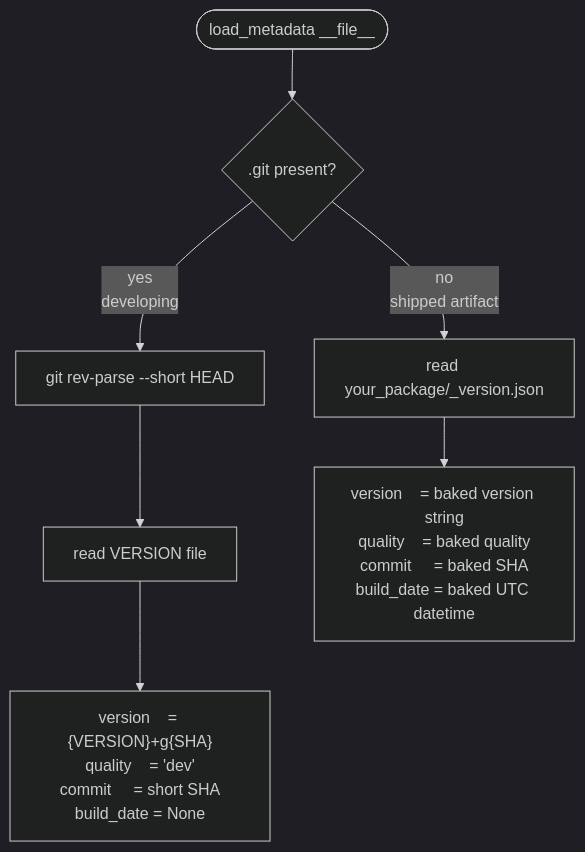
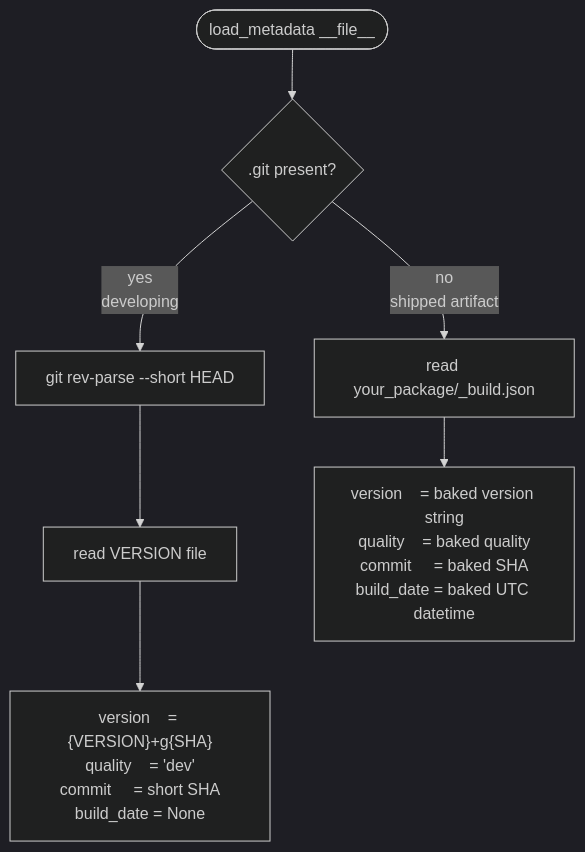
Before and after one commit to basvandriel/buildstamp: the second of 3 diagrams in VERSIONING.md, drawn with Mermaid (dark theme). The commit also changed other lines of this file and 8 other files, not shown here.

````diff
--- a/VERSIONING.md
+++ b/VERSIONING.md
@@ -171,11 +171,11 @@
 ```mermaid
 flowchart TD
     A([load_metadata __file__ ]) --> B{.git present?}
 
     B -- yes\ndeveloping --> C[git rev-parse --short HEAD]
     C --> D[read VERSION file]
     D --> E["version    = {VERSION}+g{SHA}\nquality    = 'dev'\ncommit     = short SHA\nbuild_date = None"]
 
-    B -- no\nshipped artifact --> F[read your_package/_version.json]
+    B -- no\nshipped artifact --> F[read your_package/_build.json]
     F --> G["version    = baked version string\nquality    = baked quality\ncommit     = baked SHA\nbuild_date = baked UTC datetime"]
 ```
````
